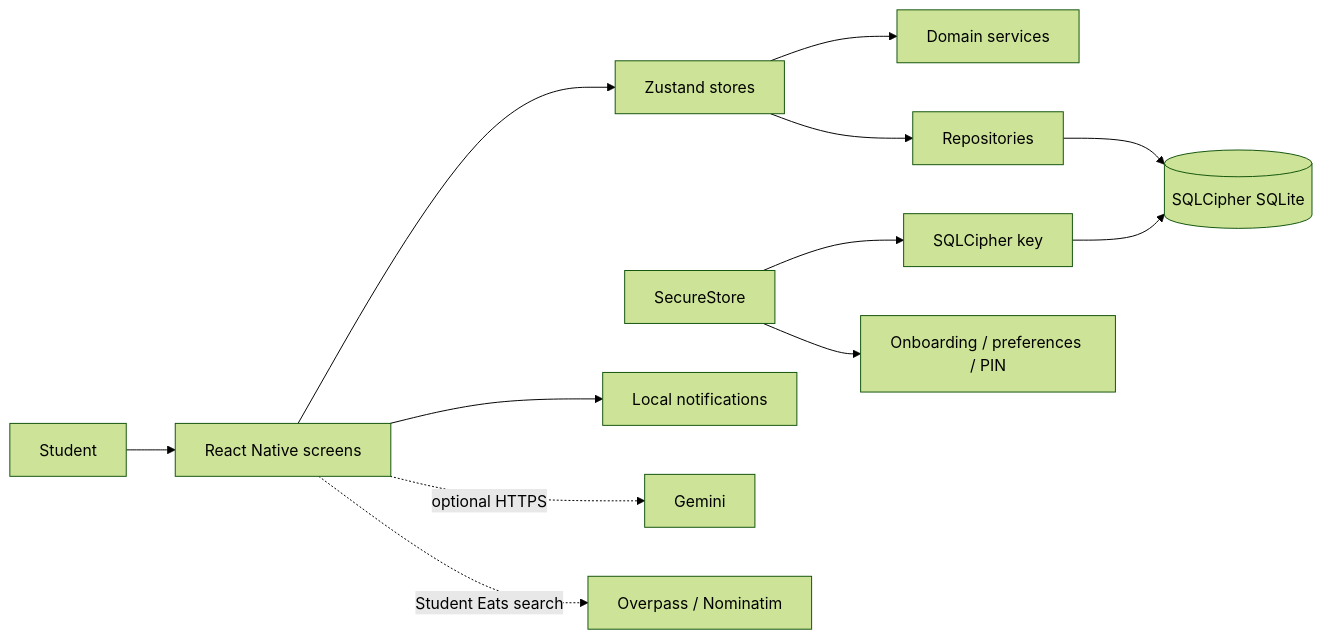
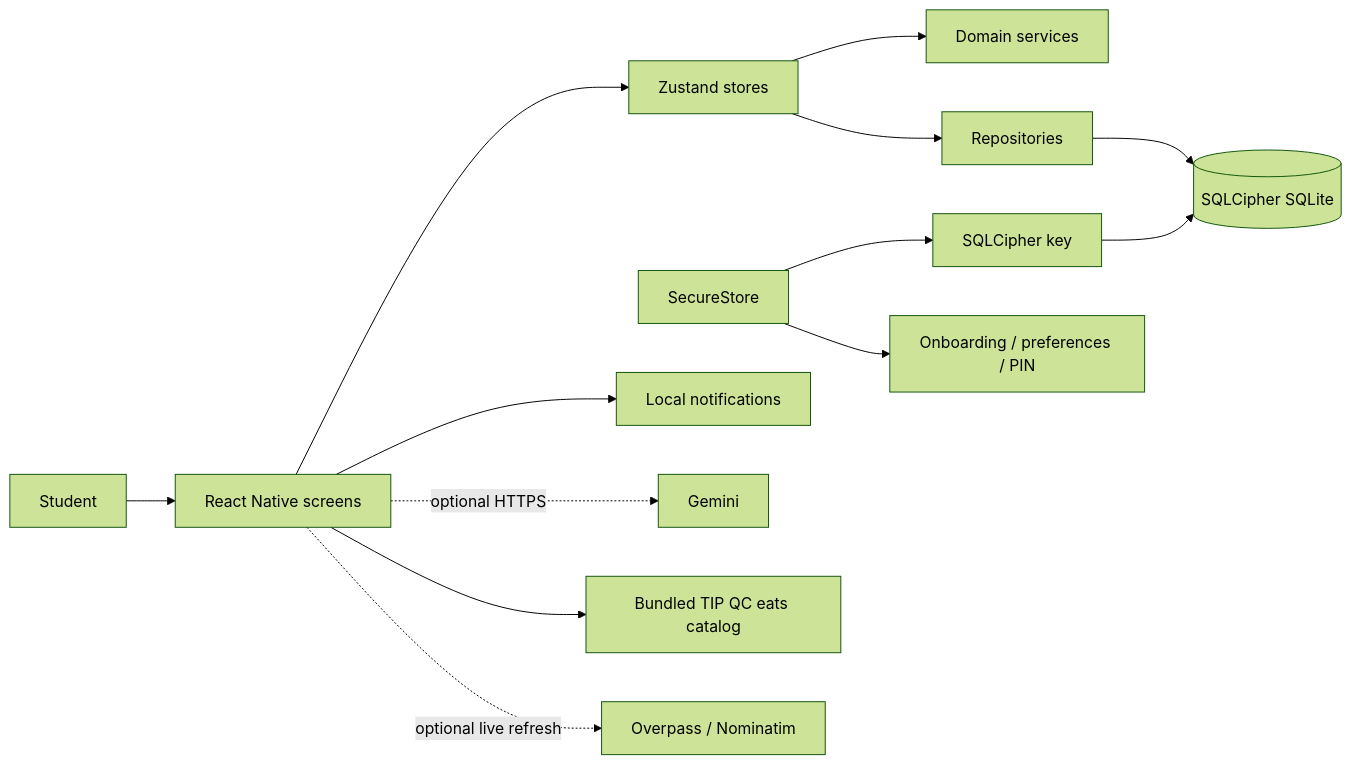
The diagram in Project Guidelines/Architecture and Operations.md (SecretlySpy/TIP_MoneyMap-Finance-Tracker-App), drawn with Mermaid (forest theme) before and after one commit. The commit also changed other lines of this file and 22 other files, not shown here.

Commit message:
feat: add offline-first Student Eats campus catalog and durable caching layer

````diff
--- a/Project Guidelines/Architecture and Operations.md
+++ b/Project Guidelines/Architecture and Operations.md
@@ -7,14 +7,15 @@
 ```mermaid
 flowchart LR
   U[Student] --> UI[React Native screens]
   UI --> S[Zustand stores]
   S --> D[Domain services]
   S --> R[Repositories]
   R --> DB[(SQLCipher SQLite)]
   SS[SecureStore] --> K[SQLCipher key]
   K --> DB
   SS --> O[Onboarding / preferences / PIN]
   UI --> N[Local notifications]
   UI -. optional HTTPS .-> G[Gemini]
-  UI -. Student Eats search .-> P[Overpass / Nominatim]
+  UI --> CATALOG[Bundled TIP QC eats catalog]
+  UI -. optional live refresh .-> P[Overpass / Nominatim]
 ```
````
